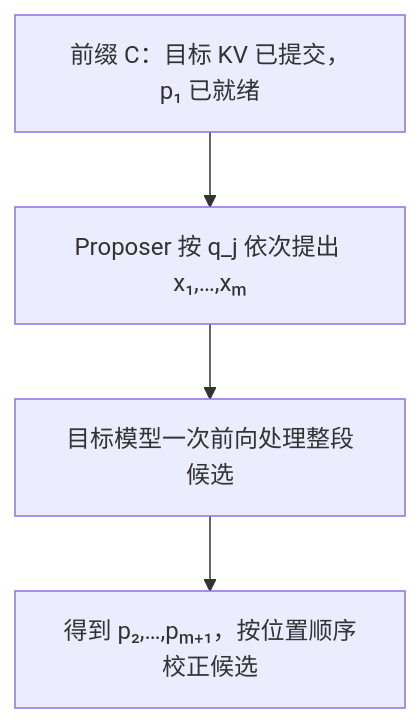
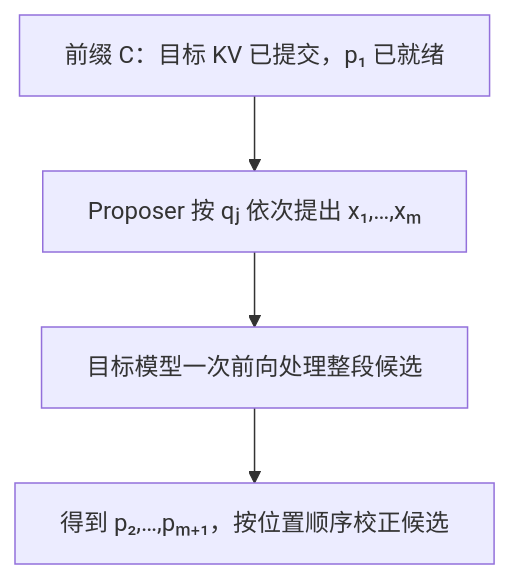
The second of 2 diagrams in ai-engineering/model/speculative-decoding.md (Negronii/MyNotes), drawn with Mermaid before and after one commit. The commit also changed other lines of this file and 220 other files, not shown here.

First line of the commit message:
Replace prose-heavy explanations with figures and fix existing diagrams

````diff
--- a/ai-engineering/model/speculative-decoding.md
+++ b/ai-engineering/model/speculative-decoding.md
@@ -99,6 +100,7 @@
 ```mermaid
+%%{init: {"flowchart": {"wrappingWidth": 320}}}%%
 flowchart TD
-    C["前缀 C：目标 KV 已提交，p₁ 已就绪"] --> P["Proposer 按 q_j 依次提出 x₁,…,xₘ"]
+    C["前缀 C：目标 KV 已提交，p₁ 已就绪"] --> P["Proposer 按 qⱼ 依次提出 x₁,…,xₘ"]
     P --> F["目标模型一次前向处理整段候选"]
     F --> L["得到 p₂,…,pₘ₊₁，按位置顺序校正候选"]
 ```
````
